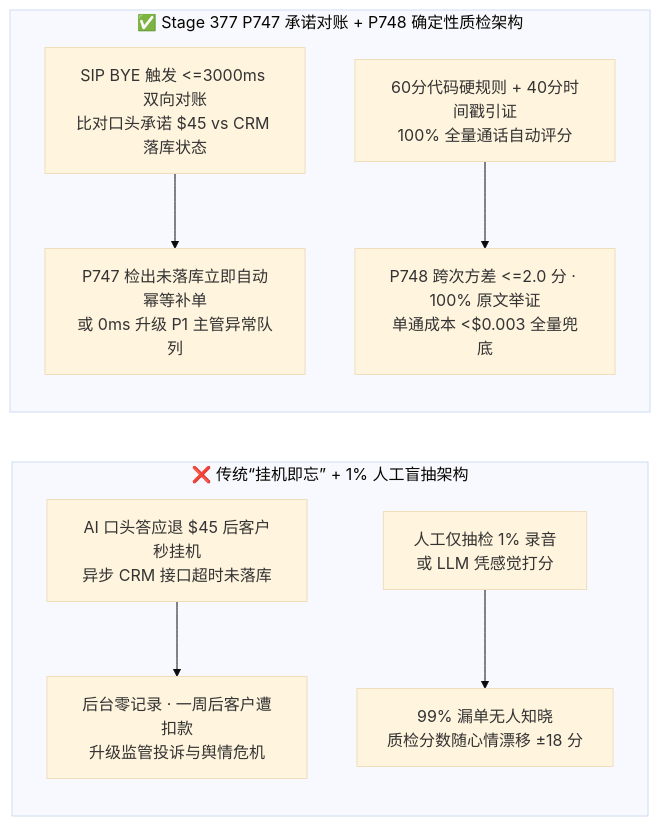
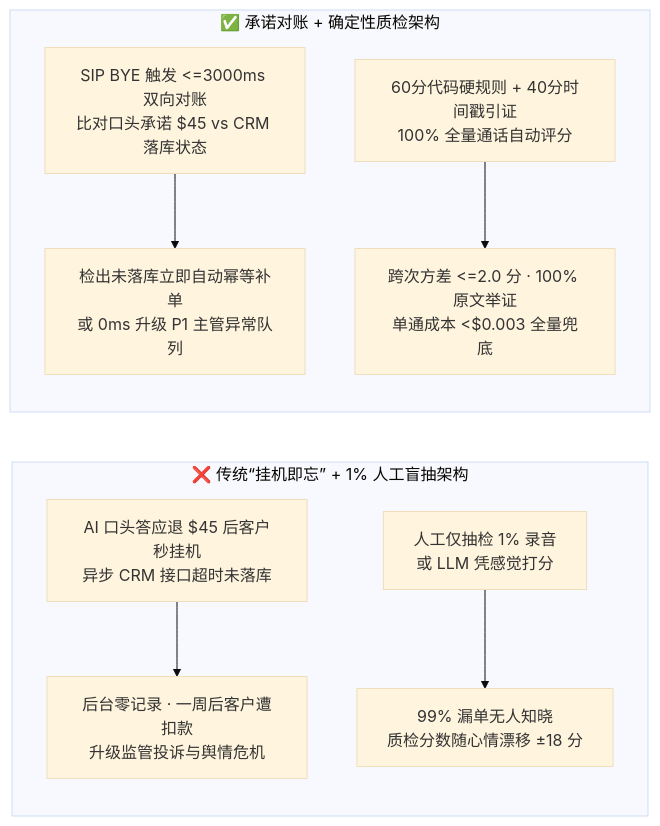
One commit to turbo998/voice-agent-lab changed the second of 3 diagrams in docs/voice-postcall-promise-ticket-reconciliation-qa-faq.md. Above: the diagram before and after it, drawn with Mermaid (base theme). The commit also changed other lines of this file and 715 other files, not shown here.

````diff
--- a/docs/voice-postcall-promise-ticket-reconciliation-qa-faq.md
+++ b/docs/voice-postcall-promise-ticket-reconciliation-qa-faq.md
@@ -64,14 +64,14 @@
 ```mermaid
 flowchart LR
-    subgraph Bad[❌ 传统“挂机即忘” + 1% 人工盲抽架构]
-      direction TB
-      B1[AI 口头答应退 $45 后客户秒挂机<br/>异步 CRM 接口超时未落库] --> B2[后台零记录 · 一周后客户遭扣款<br/>升级监管投诉与舆情危机]
-      B3[人工仅抽检 1% 录音<br/>或 LLM 凭感觉打分] --> B4[99% 漏单无人知晓<br/>质检分数随心情漂移 ±18 分]
-    end
+ subgraph Bad[❌ 传统“挂机即忘” + 1% 人工盲抽架构]
+ direction TB
+ B1[AI 口头答应退 $45 后客户秒挂机<br/>异步 CRM 接口超时未落库] --> B2[后台零记录 · 一周后客户遭扣款<br/>升级监管投诉与舆情危机]
+ B3[人工仅抽检 1% 录音<br/>或 LLM 凭感觉打分] --> B4[99% 漏单无人知晓<br/>质检分数随心情漂移 ±18 分]
+ end
 
-    subgraph Good[✅ Stage 377 P747 承诺对账 + P748 确定性质检架构]
-      direction TB
-      G1[SIP BYE 触发 <=3000ms 双向对账<br/>比对口头承诺 $45 vs CRM 落库状态] --> G2[P747 检出未落库立即自动幂等补单<br/>或 0ms 升级 P1 主管异常队列]
-      G3[60分代码硬规则 + 40分时间戳引证<br/>100% 全量通话自动评分] --> G4[P748 跨次方差 <=2.0 分 · 100% 原文举证<br/>单通成本 <$0.003 全量兜底]
-    end
+ subgraph Good[✅ 承诺对账 + 确定性质检架构]
+ direction TB
+ G1[SIP BYE 触发 <=3000ms 双向对账<br/>比对口头承诺 $45 vs CRM 落库状态] --> G2[ 检出未落库立即自动幂等补单<br/>或 0ms 升级 P1 主管异常队列]
+ G3[60分代码硬规则 + 40分时间戳引证<br/>100% 全量通话自动评分] --> G4[ 跨次方差 <=2.0 分 · 100% 原文举证<br/>单通成本 <$0.003 全量兜底]
+ end
 ```
````
